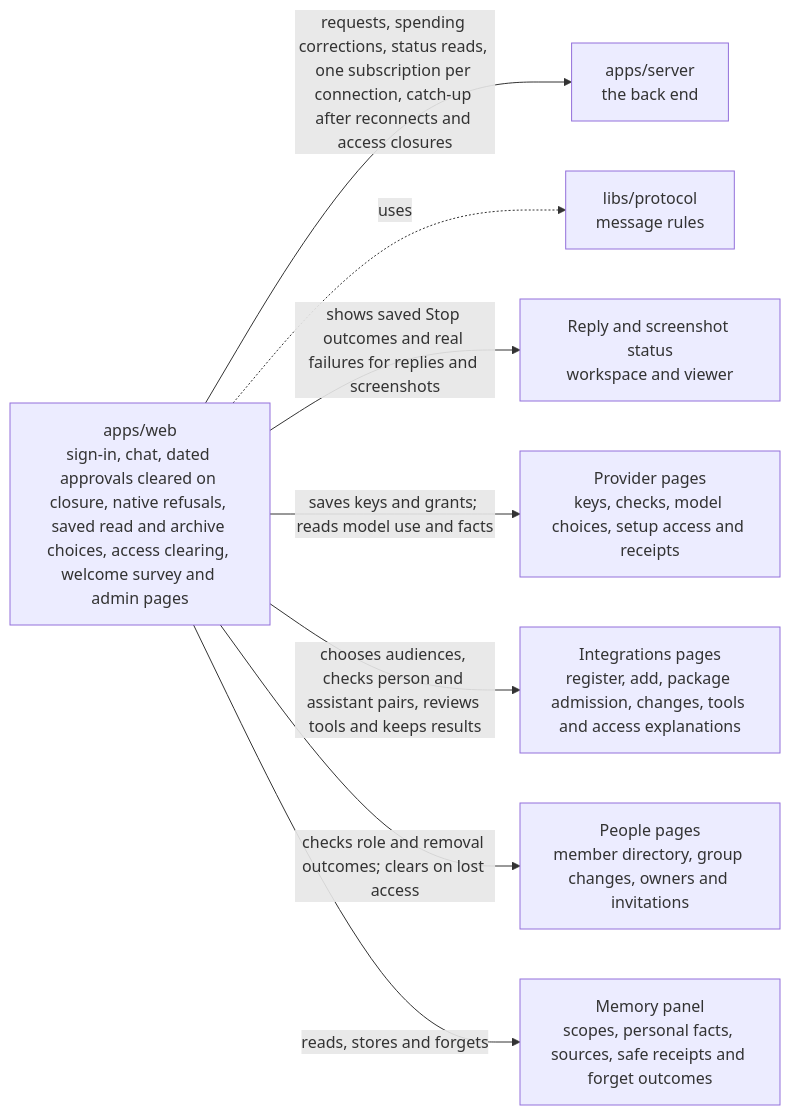
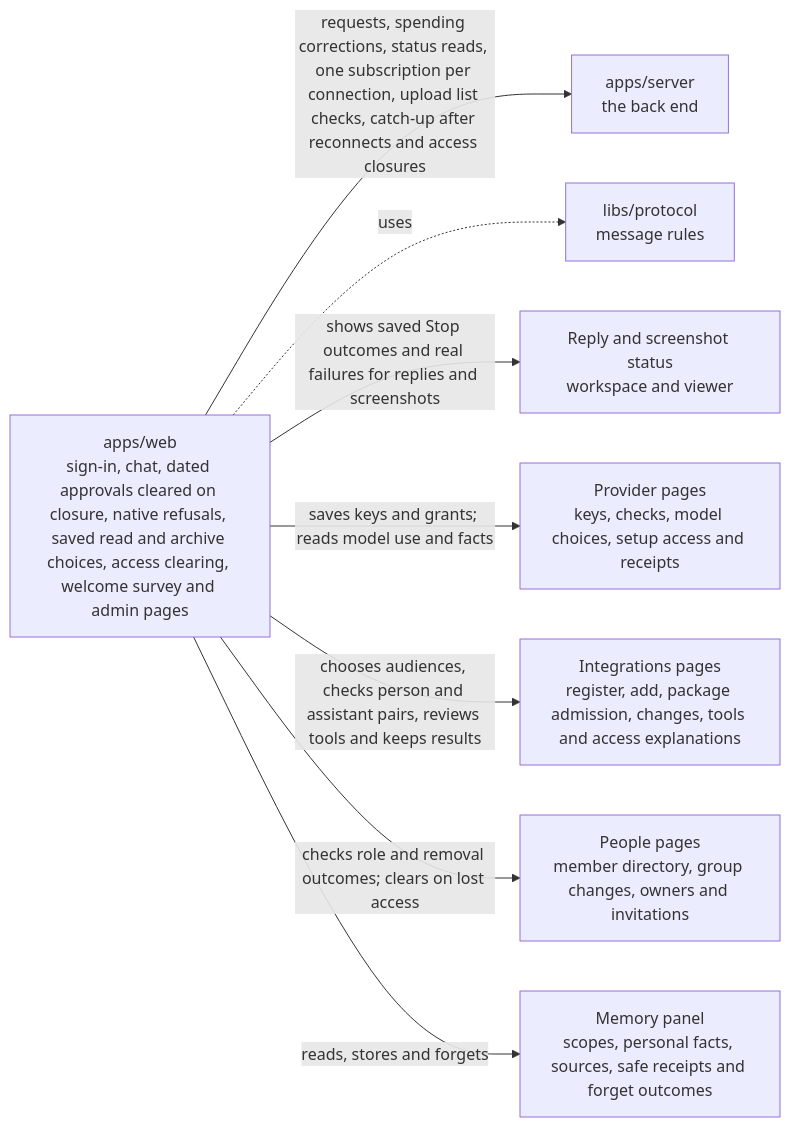
The diagram in apps/web/README.md (elewa-git/opencrane-new), drawn with Mermaid before and after one commit. The commit also changed other lines of this file and 14 other files, not shown here.

````diff
--- a/apps/web/README.md
+++ b/apps/web/README.md
@@ -11,10 +11,10 @@
 ```mermaid
 flowchart LR
-  web["apps/web<br/>sign-in, chat, dated approvals cleared on closure, native refusals, saved read and archive choices, access clearing, welcome survey and admin pages"] -->|requests, spending corrections, status reads, one subscription per connection, catch-up after reconnects and access closures| server["apps/server<br/>the back end"]
+  web["apps/web<br/>sign-in, chat, dated approvals cleared on closure, native refusals, saved read and archive choices, access clearing, welcome survey and admin pages"] -->|requests, spending corrections, status reads, one subscription per connection, upload list checks, catch-up after reconnects and access closures| server["apps/server<br/>the back end"]
   web -.->|uses| protocol["libs/protocol<br/>message rules"]
   web -->|shows saved Stop outcomes and real failures for replies and screenshots| capture["Reply and screenshot status<br/>workspace and viewer"]
   web -->|saves keys and grants; reads model use and facts| providers["Provider pages<br/>keys, checks, model choices, setup access and receipts"]
   web -->|chooses audiences, checks person and assistant pairs, reviews tools and keeps results| integrations["Integrations pages<br/>register, add, package admission, changes, tools and access explanations"]
   web -->|checks role and removal outcomes; clears on lost access| people["People pages<br/>member directory, group changes, owners and invitations"]
   web -->|reads, stores and forgets| memory["Memory panel<br/>scopes, personal facts, sources, safe receipts and forget outcomes"]
 ```
````
